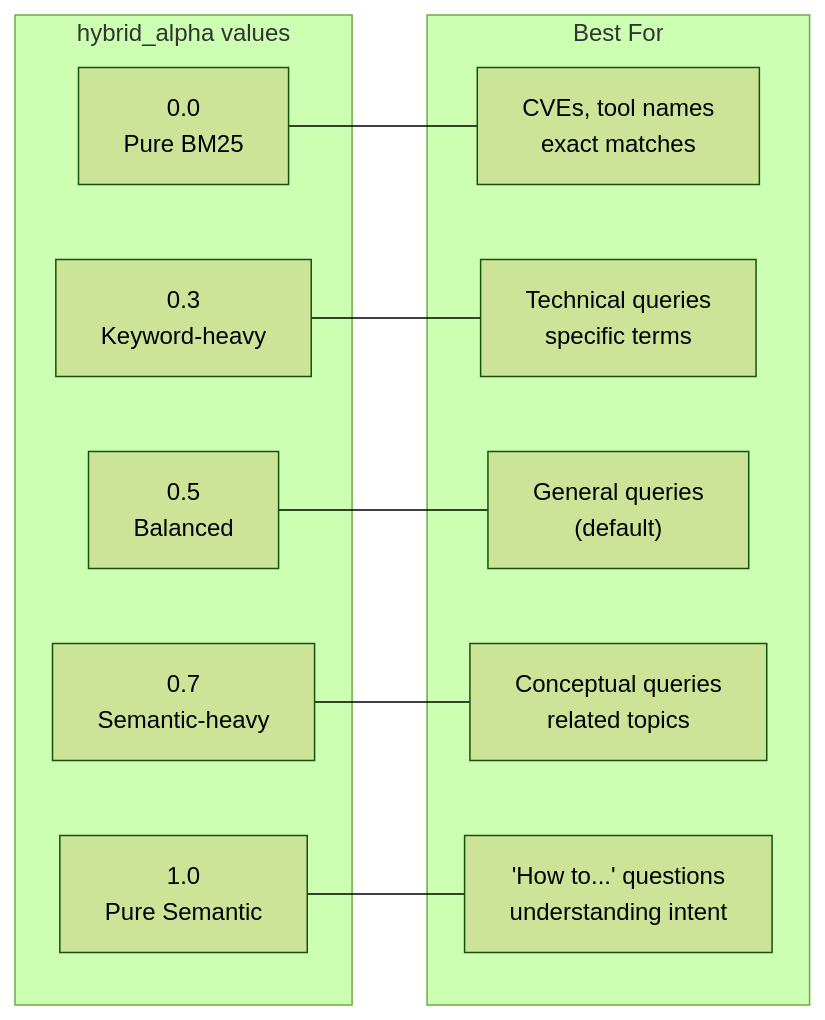
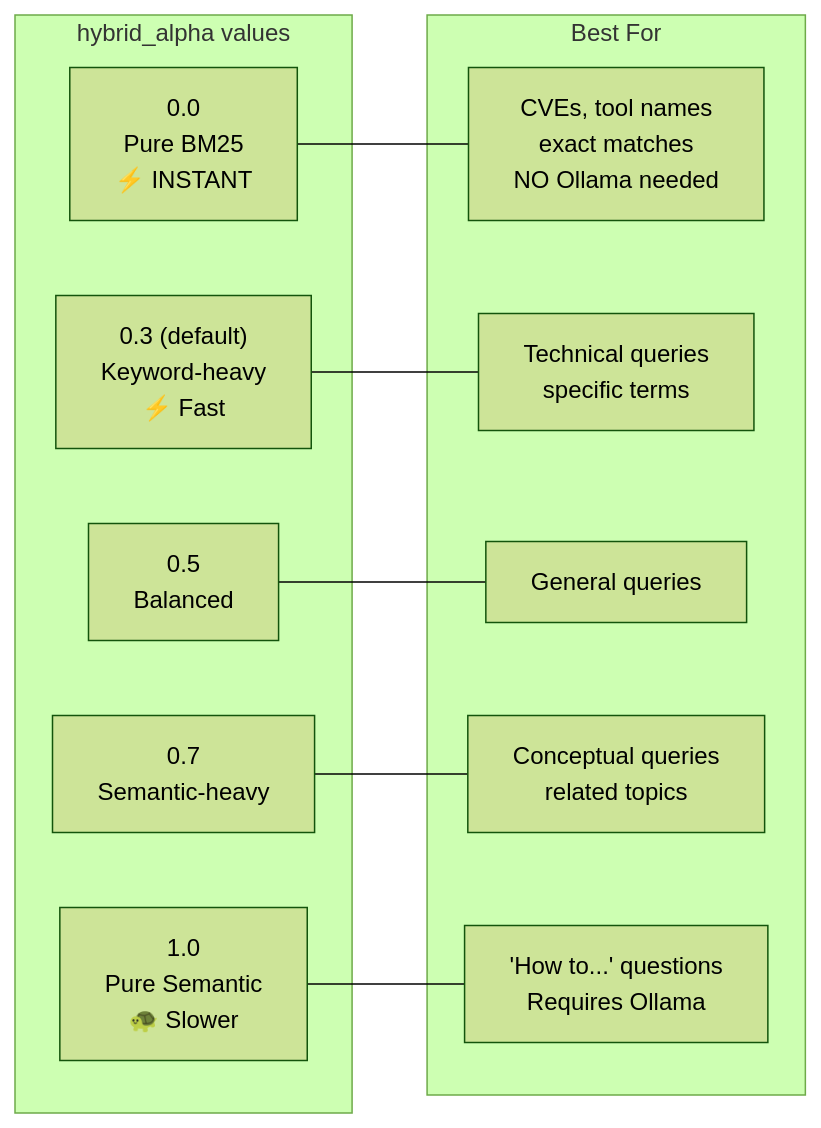
Before and after one commit to imakealol/knowledge-rag: the fourth of 6 diagrams in README.md, drawn with Mermaid (forest theme). The commit also changed other lines of this file and 2 other files, not shown here.

First line of the commit message:
fix: skip Ollama when hybrid_alpha=0 for instant keyword search

````diff
--- a/README.md
+++ b/README.md
@@ -202,24 +201,24 @@
 ```mermaid
 flowchart LR
     subgraph ALPHA["hybrid_alpha values"]
-        A0["0.0<br/>Pure BM25"]
-        A3["0.3<br/>Keyword-heavy"]
+        A0["0.0<br/>Pure BM25<br/>⚡ INSTANT"]
+        A3["0.3 (default)<br/>Keyword-heavy<br/>⚡ Fast"]
         A5["0.5<br/>Balanced"]
         A7["0.7<br/>Semantic-heavy"]
-        A10["1.0<br/>Pure Semantic"]
+        A10["1.0<br/>Pure Semantic<br/>🐢 Slower"]
     end
 
     subgraph USE["Best For"]
-        U0["CVEs, tool names<br/>exact matches"]
+        U0["CVEs, tool names<br/>exact matches<br/>NO Ollama needed"]
         U3["Technical queries<br/>specific terms"]
-        U5["General queries<br/>(default)"]
+        U5["General queries"]
         U7["Conceptual queries<br/>related topics"]
-        U10["'How to...' questions<br/>understanding intent"]
+        U10["'How to...' questions<br/>Requires Ollama"]
     end
 
     A0 --- U0
     A3 --- U3
     A5 --- U5
     A7 --- U7
     A10 --- U10
 ```
````
